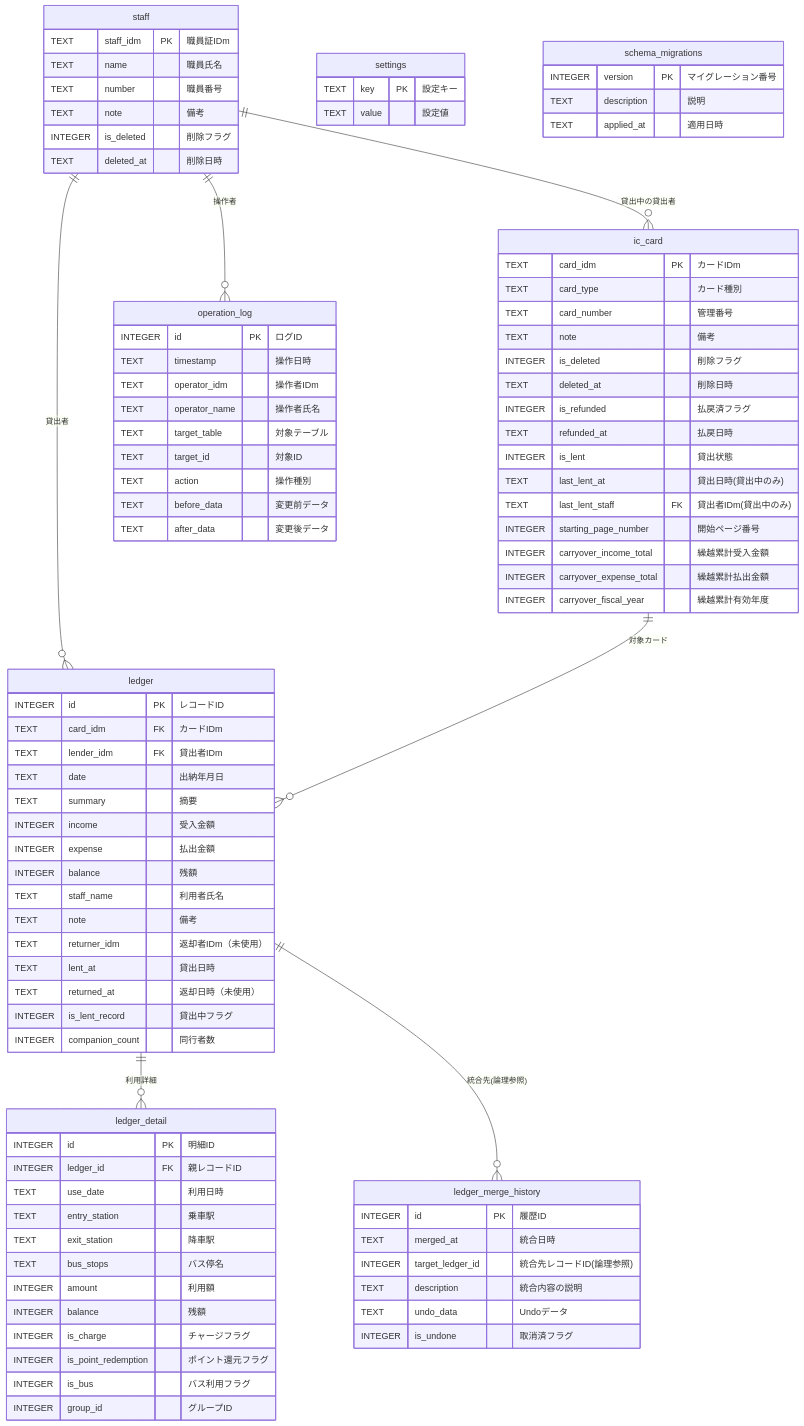
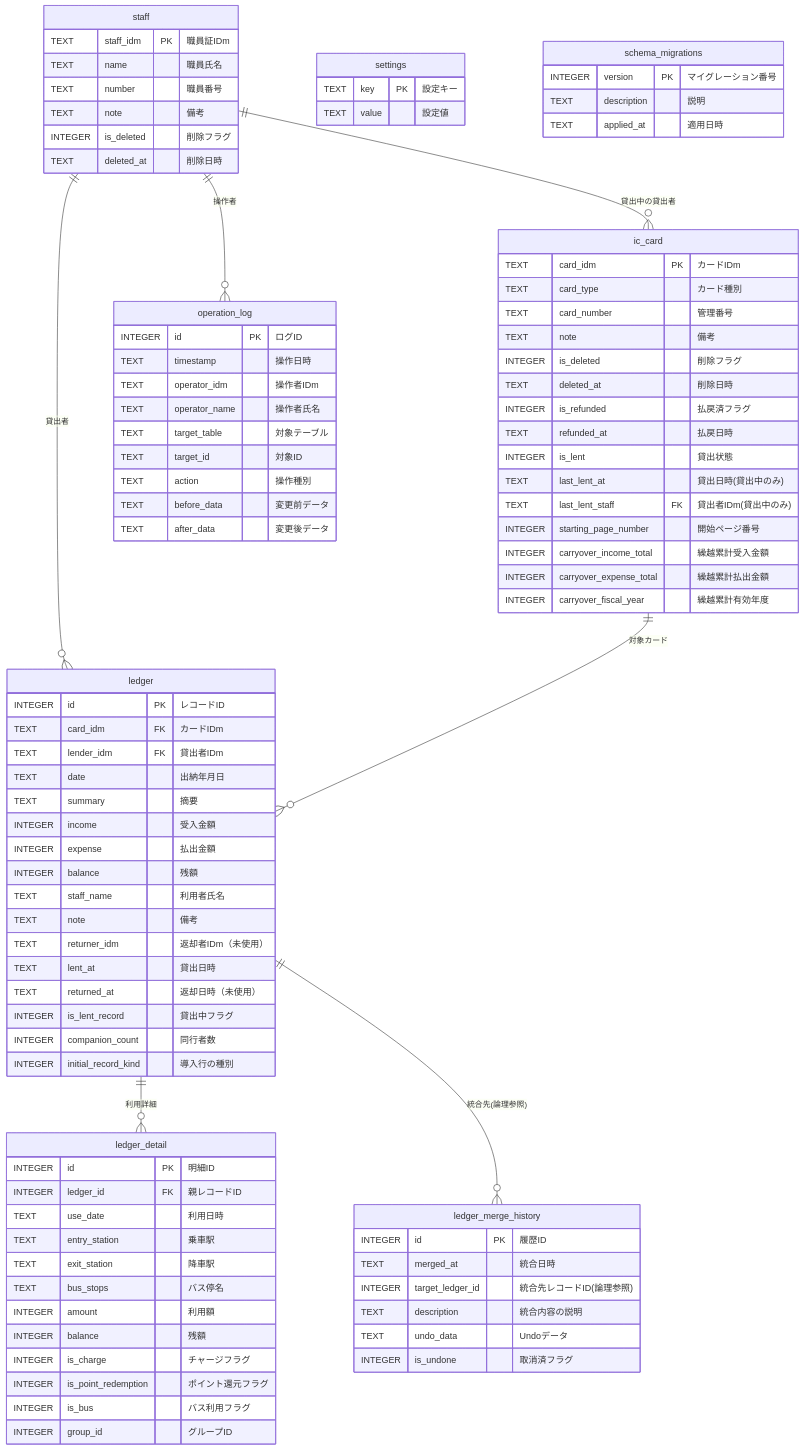
One commit to kuwayamamasayuki/ICCardManager changed the diagram in ICCardManager/docs/design/02_DB設計書.md. Above: the diagram before and after it, drawn with Mermaid. The commit also changed other lines of this file and 73 other files, not shown here.

```diff
--- a/ICCardManager/docs/design/02_DB設計書.md
+++ b/ICCardManager/docs/design/02_DB設計書.md
@@ -109,6 +109,7 @@
         TEXT returned_at "返却日時（未使用）"
         INTEGER is_lent_record "貸出中フラグ"
         INTEGER companion_count "同行者数"
+        INTEGER initial_record_kind "導入行の種別"
     }
 
     ledger_detail {
```
